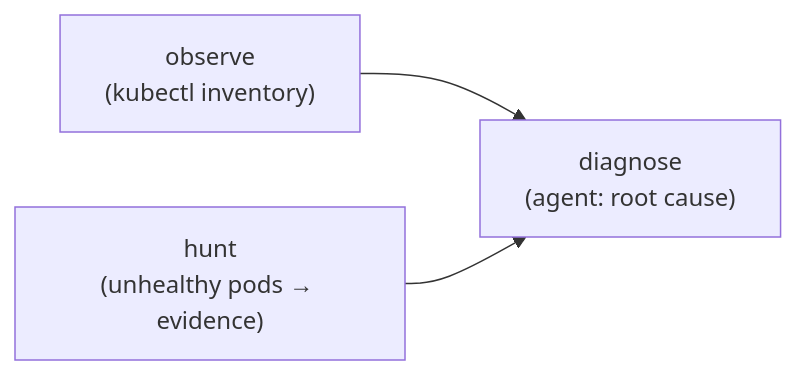
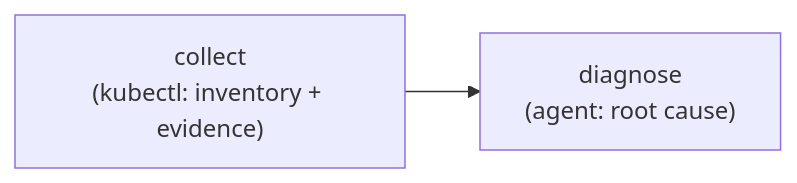
One commit to nullbytelabs/work changed the diagram in docs-site/examples/kubernetes-triage.md. Above: the diagram before and after it, drawn with Mermaid. The commit also changed other lines of this file and 5 other files, not shown here.

````diff
--- a/docs-site/examples/kubernetes-triage.md
+++ b/docs-site/examples/kubernetes-triage.md
@@ -17,5 +16,4 @@
 ```mermaid
 graph LR
-  observe["observe<br/>(kubectl inventory)"] --> diagnose["diagnose<br/>(agent: root cause)"]
-  hunt["hunt<br/>(unhealthy pods → evidence)"] --> diagnose
+  collect["collect<br/>(kubectl: inventory + evidence)"] --> diagnose["diagnose<br/>(agent: root cause)"]
 ```
````
